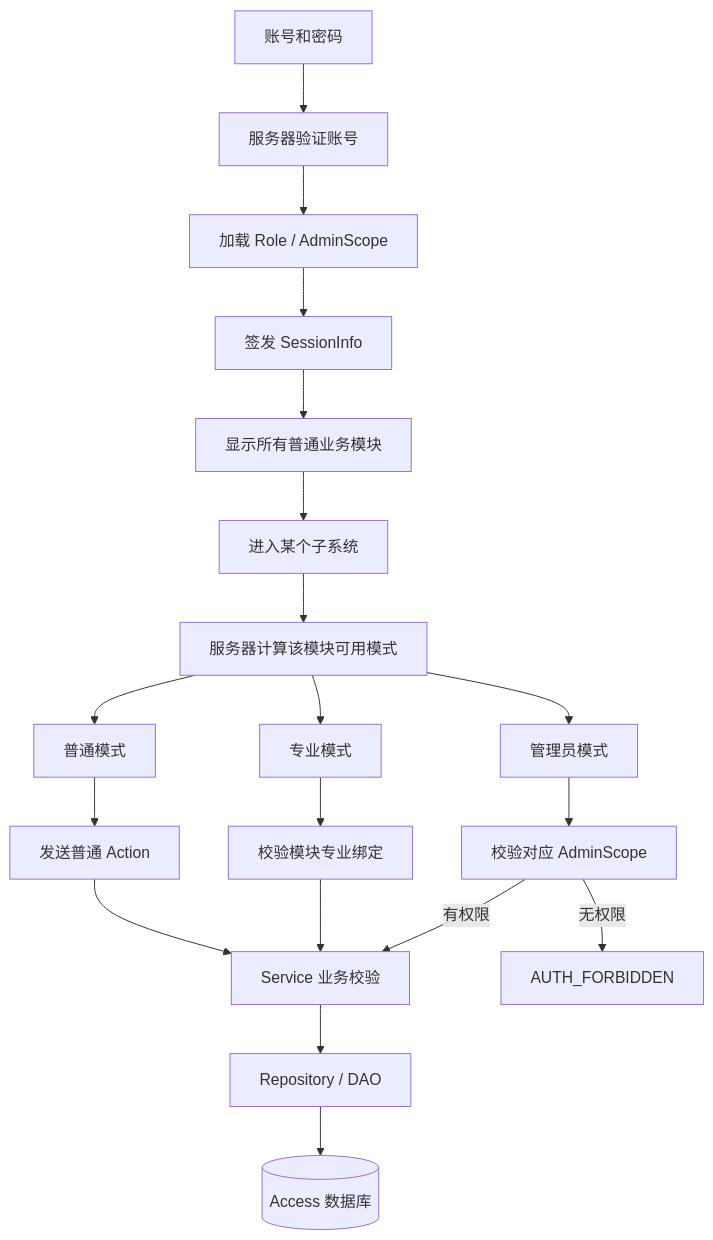
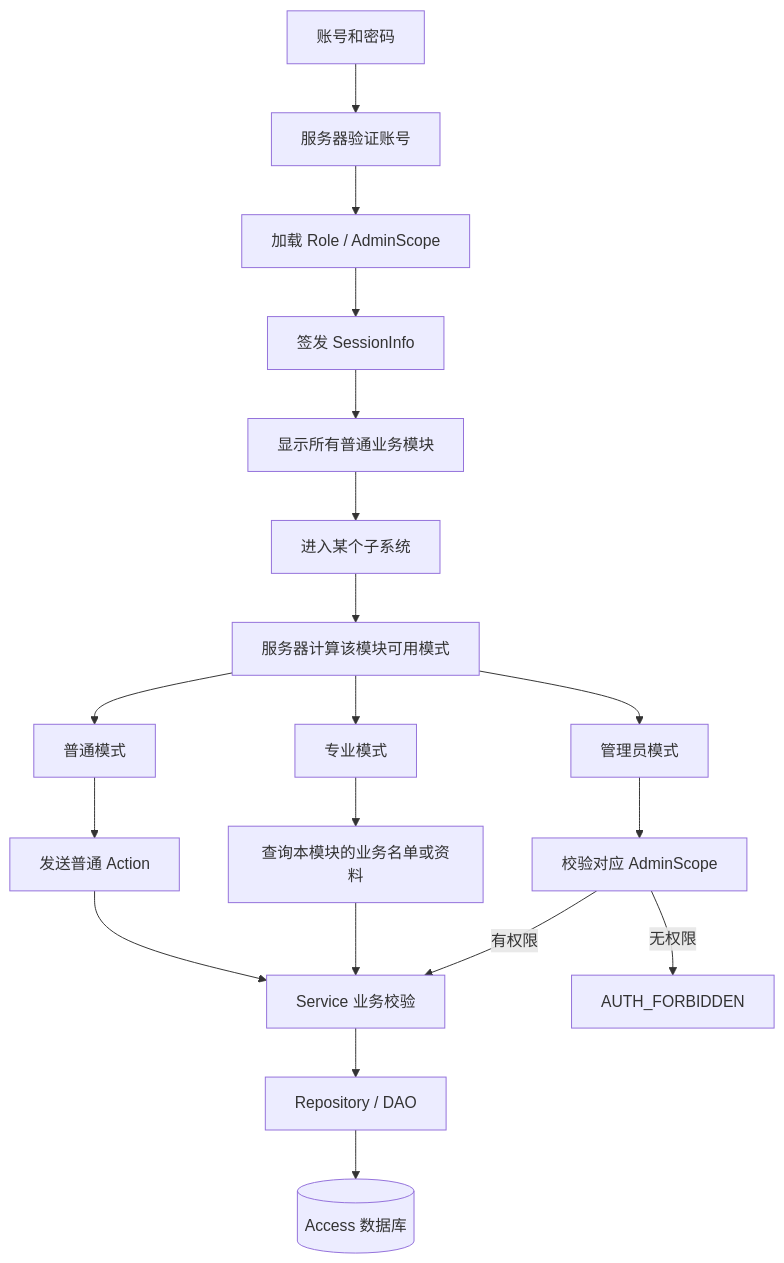
The third of 4 diagrams in docs/design/SYSTEM_DESIGN.md (qlaxyy/JAVA-Campus-software), drawn with Mermaid before and after one commit. The commit also changed other lines of this file and 6 other files, not shown here.

````diff
--- a/docs/design/SYSTEM_DESIGN.md
+++ b/docs/design/SYSTEM_DESIGN.md
@@ -451,21 +452,21 @@
 ```mermaid
 flowchart TD
     A[账号和密码] --> B[服务器验证账号]
     B --> C[加载 Role / AdminScope]
     C --> D[签发 SessionInfo]
     D --> E[显示所有普通业务模块]
     E --> F[进入某个子系统]
     F --> G[服务器计算该模块可用模式]
     G --> H[普通模式]
     G --> I[专业模式]
     G --> J[管理员模式]
     H --> K[发送普通 Action]
-    I --> L[校验模块专业绑定]
+    I --> L[查询本模块的业务名单或资料]
     J --> M[校验对应 AdminScope]
     K --> N[Service 业务校验]
     L --> N
     M -->|无权限| O[AUTH_FORBIDDEN]
     M -->|有权限| N
     N --> P[Repository / DAO]
     P --> Q[(Access 数据库)]
 ```
````
